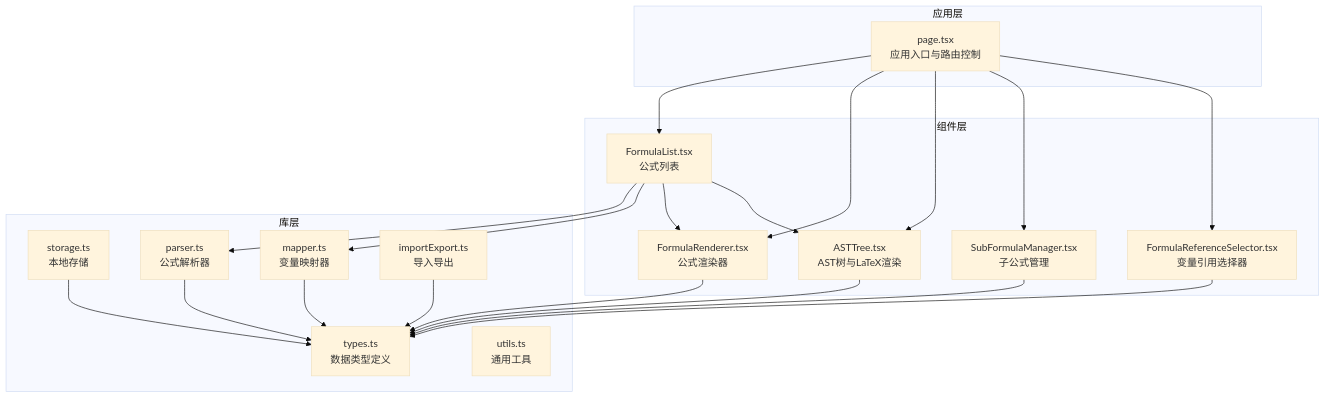
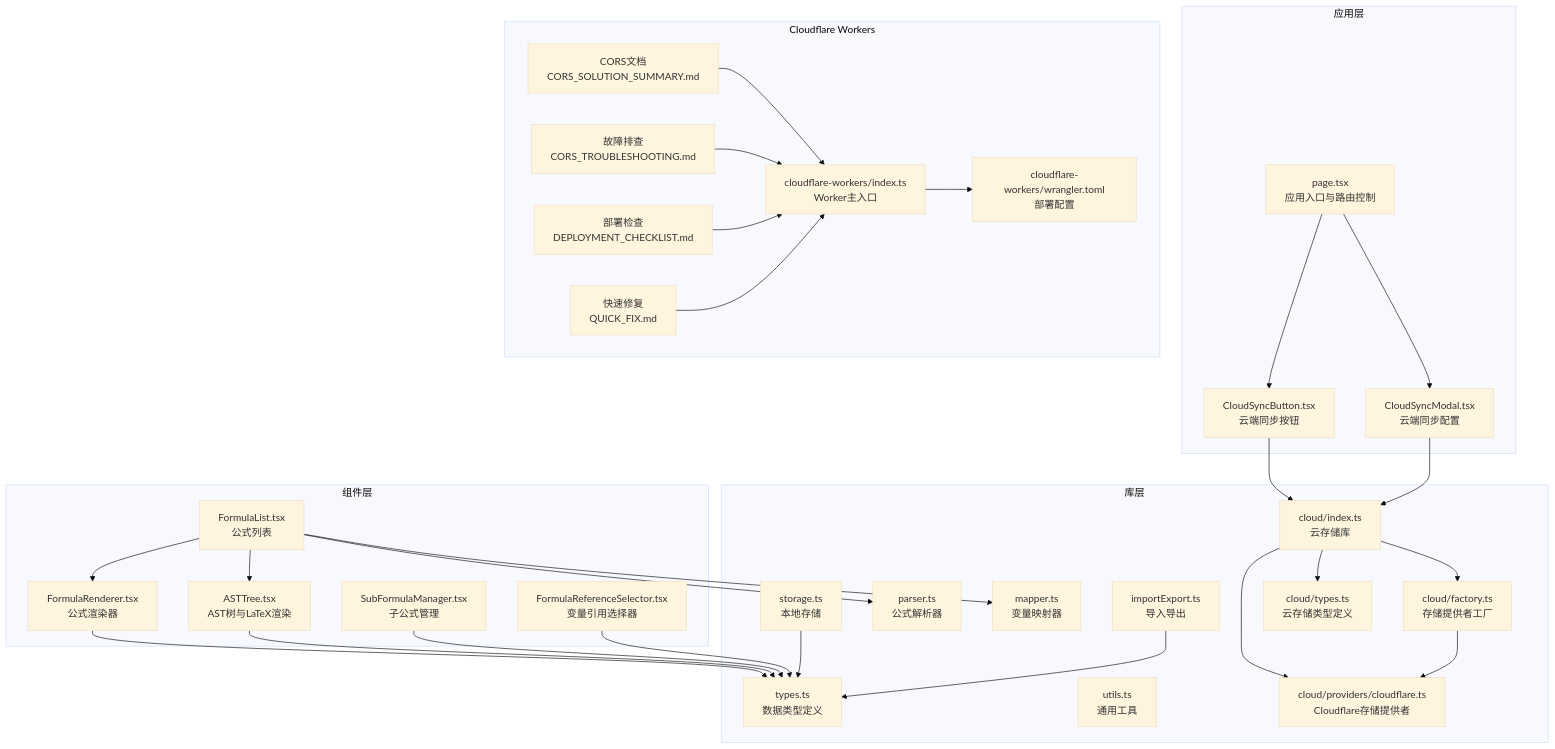
One commit to steveyu2/formula-mapper changed the first of 5 diagrams in .qoder/repowiki/zh/content/API参考/API参考.md. Above: the diagram before and after it, drawn with Mermaid (base theme). The commit also changed other lines of this file and 7 other files, not shown here.

````diff
--- a/.qoder/repowiki/zh/content/API参考/API参考.md
+++ b/.qoder/repowiki/zh/content/API参考/API参考.md
@@ -44,38 +59,58 @@
 ```mermaid
 graph TB
 subgraph "应用层"
 Page["page.tsx<br/>应用入口与路由控制"]
+CloudSync["CloudSyncButton.tsx<br/>云端同步按钮"]
+CloudModal["CloudSyncModal.tsx<br/>云端同步配置"]
 end
 subgraph "组件层"
 FL["FormulaList.tsx<br/>公式列表"]
 FR["FormulaRenderer.tsx<br/>公式渲染器"]
 AT["ASTTree.tsx<br/>AST树与LaTeX渲染"]
 SFM["SubFormulaManager.tsx<br/>子公式管理"]
 FRS["FormulaReferenceSelector.tsx<br/>变量引用选择器"]
 end
 subgraph "库层"
 Types["types.ts<br/>数据类型定义"]
 Storage["storage.ts<br/>本地存储"]
 Parser["parser.ts<br/>公式解析器"]
 Mapper["mapper.ts<br/>变量映射器"]
 ImportExport["importExport.ts<br/>导入导出"]
 Utils["utils.ts<br/>通用工具"]
+CloudLib["cloud/index.ts<br/>云存储库"]
+CloudFactory["cloud/factory.ts<br/>存储提供者工厂"]
+CloudTypes["cloud/types.ts<br/>云存储类型定义"]
+CloudflareProvider["cloud/providers/cloudflare.ts<br/>Cloudflare存储提供者"]
 end
-Page --> FL
-Page --> FR
-Page --> AT
-Page --> SFM
-Page --> FRS
+subgraph "Cloudflare Workers"
+WorkerIndex["cloudflare-workers/index.ts<br/>Worker主入口"]
+WorkerConfig["cloudflare-workers/wrangler.toml<br/>部署配置"]
+CORSDocs["CORS文档<br/>CORS_SOLUTION_SUMMARY.md"]
+Troubleshooting["故障排查<br/>CORS_TROUBLESHOOTING.md"]
+Deployment["部署检查<br/>DEPLOYMENT_CHECKLIST.md"]
+QuickFix["快速修复<br/>QUICK_FIX.md"]
+end
+Page --> CloudSync
+Page --> CloudModal
+CloudSync --> CloudLib
+CloudModal --> CloudLib
 FL --> Parser
 FL --> Mapper
 FL --> FR
 FL --> AT
 FR --> Types
 AT --> Types
 SFM --> Types
 FRS --> Types
 Storage --> Types
 ImportExport --> Types
-Mapper --> Types
-Parser --> Types
+CloudLib --> CloudFactory
+CloudLib --> CloudTypes
+CloudLib --> CloudflareProvider
+CloudFactory --> CloudflareProvider
+WorkerIndex --> WorkerConfig
+CORSDocs --> WorkerIndex
+Troubleshooting --> WorkerIndex
+Deployment --> WorkerIndex
+QuickFix --> WorkerIndex
 ```
````
